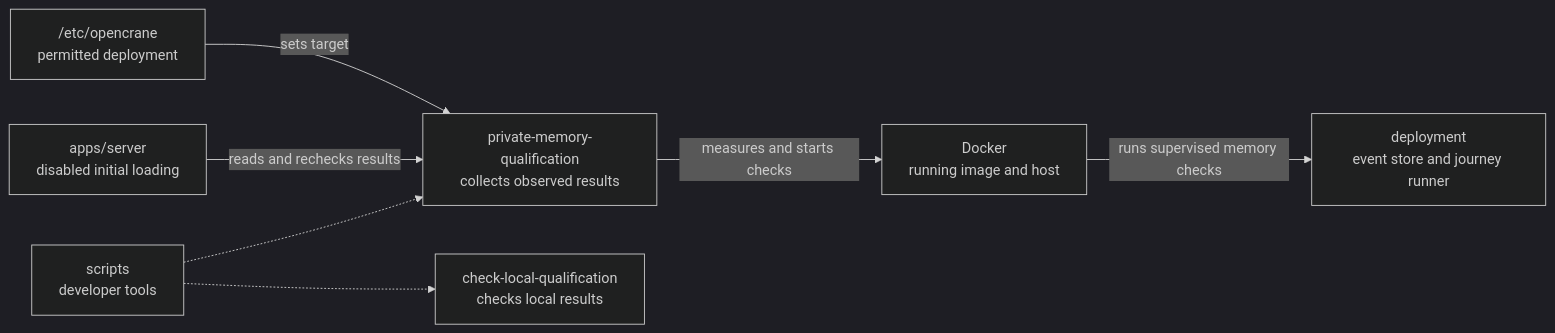
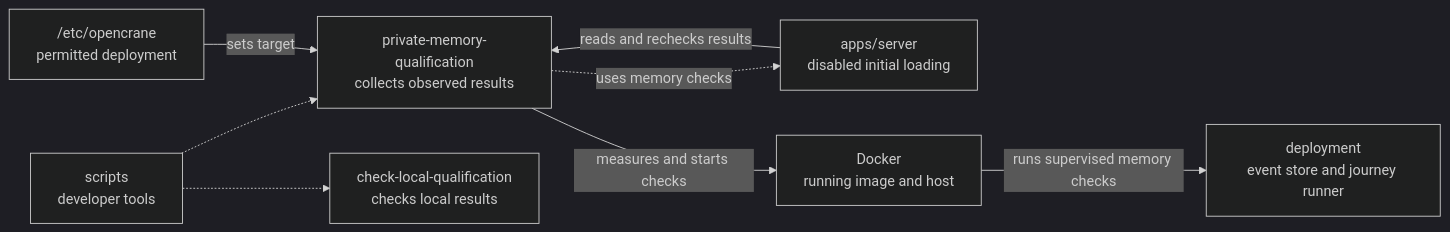
One commit to elewa-git/opencrane-new changed the diagram in scripts/private-memory-qualification/README.md. Above: the diagram before and after it, drawn with Mermaid (dark theme). The commit also changed other lines of this file and 12 other files, not shown here.

Commit message:
📦 Ship shared memory checks without repository tests

````diff
--- a/scripts/private-memory-qualification/README.md
+++ b/scripts/private-memory-qualification/README.md
@@ -16,9 +16,10 @@
 ```mermaid
 flowchart LR
   scripts["scripts<br/>developer tools"] -.-> collector["private-memory-qualification<br/>collects observed results"]
   scripts -.-> sibling["check-local-qualification<br/>checks local results"]
   server["apps/server<br/>disabled initial loading"] -->|reads and rechecks results| collector
+  collector -.->|uses memory checks| server
   config["/etc/opencrane<br/>permitted deployment"] -->|sets target| collector
   collector -->|measures and starts checks| docker["Docker<br/>running image and host"]
   docker -->|runs supervised memory checks| deployment["deployment<br/>event store and journey runner"]
 ```
````
